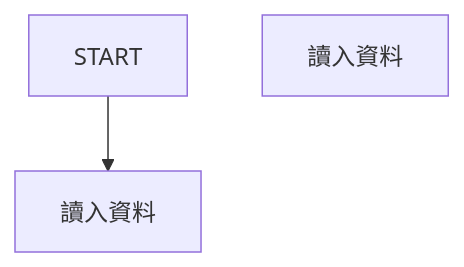
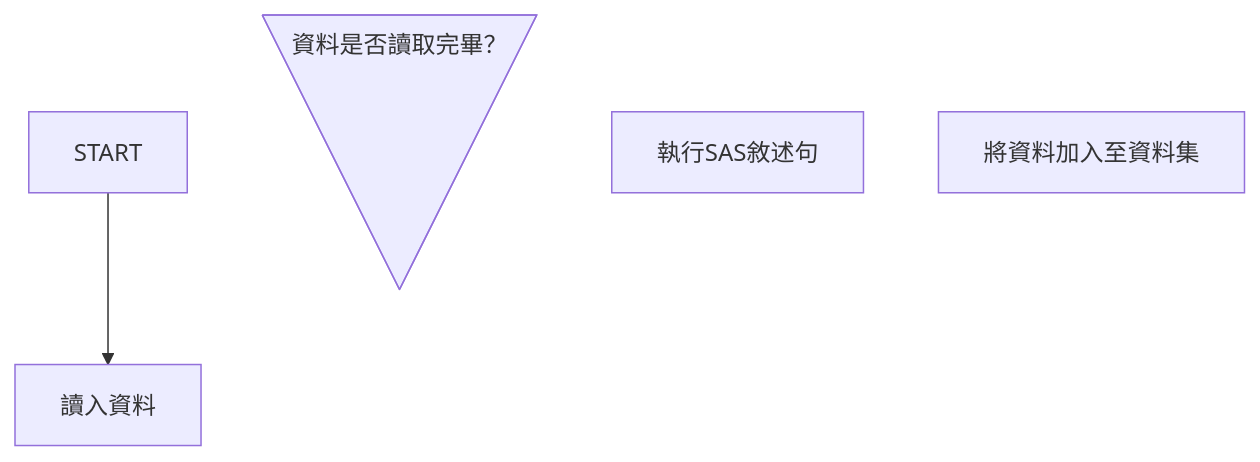
Before and after one commit to kuku0508/kuku_note_ver_2: the diagram in 知識/統計/SAS/基礎知識/datastep.md, drawn with Mermaid.

Commit message:
vault backup: 2025-07-26 17:29:12

````diff
--- a/知識/統計/SAS/基礎知識/datastep.md
+++ b/知識/統計/SAS/基礎知識/datastep.md
@@ -8,7 +8,9 @@
 ```mermaid
 flowchart TD
 A@{shape: rect, label: "START"}
 B@{shape: rect, label: "讀入資料"}
-C@{shape: rect, label: "讀入資料"}
+C@{shape: flip-tri, label: "資料是否讀取完畢？"}
+D@{shape: rect, label: "執行SAS敘述句"}
+E@{shape: rect, label: "將資料加入至資料集"}
 A --> B
 ```
````
